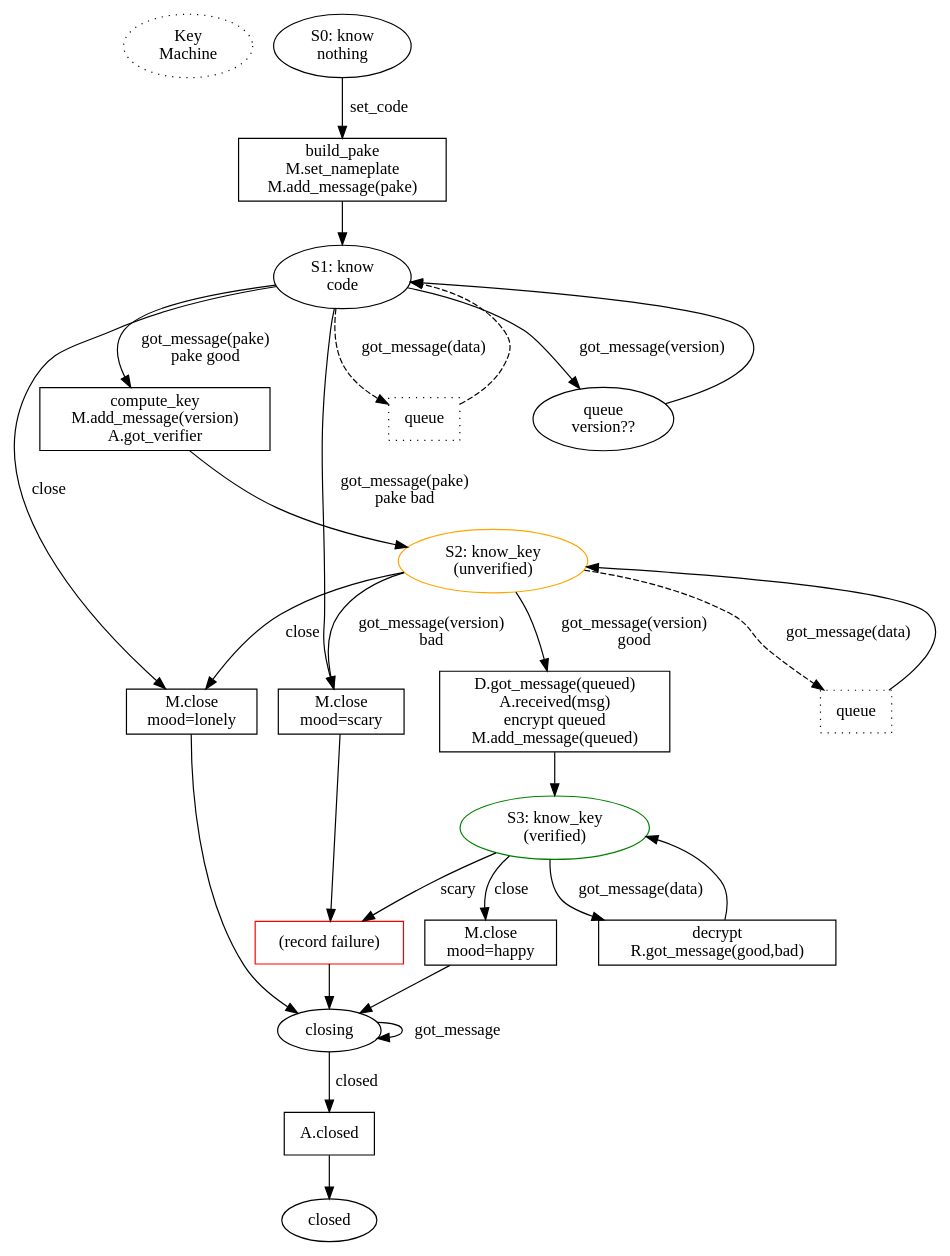
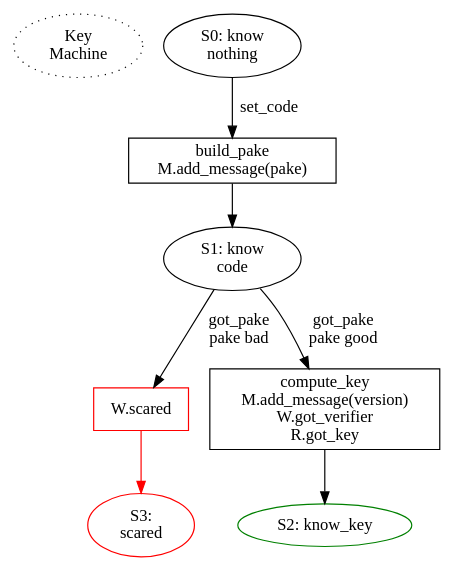
The diagram in docs/key.dot (magic-wormhole/magic-wormhole), drawn with Graphviz before and after one commit. The commit also changed 7 other files, not shown here.

```diff
--- a/docs/key.dot
+++ b/docs/key.dot
@@ -1,82 +1,43 @@
 digraph {
 
         /* could shave a RTT by committing to the nameplate early, before
         finishing the rest of the code input. While the user is still
         typing/completing the code, we claim the nameplate, open the mailbox,
         and retrieve the peer's PAKE message. Then as soon as the user
         finishes entering the code, we build our own PAKE message, send PAKE,
         compute the key, send VERSION. Starting from the Return, this saves
         two round trips. OTOH it adds consequences to hitting Tab. */
 
         start [label="Key\nMachine" style="dotted"]
 
         S0 [label="S0: know\nnothing"]
         S0 -> P0_build [label="set_code"]
 
-        P0_build [shape="box" label="build_pake\nM.set_nameplate\nM.add_message(pake)"]
+        P0_build [shape="box" label="build_pake\nM.add_message(pake)"]
         P0_build -> S1
         S1 [label="S1: know\ncode"]
 
         /* the Mailbox will deliver each message exactly once, but doesn't
         guarantee ordering: if Alice starts the process, then disconnects,
         then Bob starts (reading PAKE, sending both his PAKE and his VERSION
         phase), then Alice will see both PAKE and VERSION on her next
         connect, and might get the VERSION first.
 
         The Wormhole will queue inbound messages that it isn't ready for. The
         wormhole shim that lets applications do w.get(phase=) must do
         something similar, queueing inbound messages until it sees one for
         the phase it currently cares about.*/
 
-        S1 -> P_mood_scary [label="got_message(pake)\npake bad"]
-        S1 -> P1_compute [label="got_message(pake)\npake good"]
-        S1 -> P1_queue_inbound [label="got_message(data)" style="dashed"]
-        P1_queue_inbound [shape="box" style="dotted" label="queue"]
-        P1_queue_inbound -> S1 [style="dashed"]
-        S1 -> P1_queue_version [label="got_message(version)"]
-        P1_queue_version [label="queue\nversion??"]
-        P1_queue_version -> S1
-        S1 -> P_mood_lonely [label="close"]
+        S1 -> P_mood_scary [label="got_pake\npake bad"]
+        P_mood_scary [shape="box" color="red" label="W.scared"]
+        P_mood_scary -> S3 [color="red"]
+        S3 [label="S3:\nscared" color="red"]
+        S1 -> P1_compute [label="got_pake\npake good"]
+        #S1 -> P_mood_lonely [label="close"]
 
-        P1_compute [label="compute_key\nM.add_message(version)\nA.got_verifier" shape="box"]
+        P1_compute [label="compute_key\nM.add_message(version)\nW.got_verifier\nR.got_key" shape="box"]
         P1_compute -> S2
 
-        P_mood_scary [shape="box" label="M.close\nmood=scary"]
-        P_mood_scary -> P_notify_failure
+        S2 [label="S2: know_key" color="green"]
 
-        P_notify_failure [shape="box" label="(record failure)" color="red"]
-        P_notify_failure -> S_closing
-
-        S2 [label="S2: know_key\n(unverified)" color="orange"]
-        S2 -> P2_queue_inbound [label="got_message(data)" style="dashed"]
-        P2_queue_inbound [shape="box" style="dotted" label="queue"]
-        P2_queue_inbound -> S2
-        S2 -> P2_verified [label="got_message(version)\ngood"]
-        S2 -> P_mood_scary [label="got_message(version)\nbad"]
-        S2 -> P_mood_lonely [label="close"] /* more like impatient */
-
-        P2_verified [label="D.got_message(queued)\nA.received(msg)\nencrypt queued\nM.add_message(queued)"
-                      shape="box"]
-        P2_verified -> S3
-
-        S3 [label="S3: know_key\n(verified)" color="green"]
-        S3 -> P3_accept [label="got_message(data)"] /* probably phase */
-        S3 -> P_mood_happy [label="close"]
-        S3 -> P_notify_failure [label="scary"]
-
-        P3_accept [shape="box" label="decrypt\nR.got_message(good,bad)"]
-        P3_accept -> S3
-        P_mood_happy [shape="box" label="M.close\nmood=happy"]
-        P_mood_happy -> S_closing
-
-        P_mood_lonely [shape="box" label="M.close\nmood=lonely"]
-        P_mood_lonely -> S_closing
-
-        S_closing [label="closing"]
-        S_closing -> P_closed [label="closed"]
-        S_closing -> S_closing [label="got_message"]
-
-        P_closed [shape="box" label="A.closed"]
-        P_closed -> S_closed
-        S_closed [label="closed"]
 }
```
